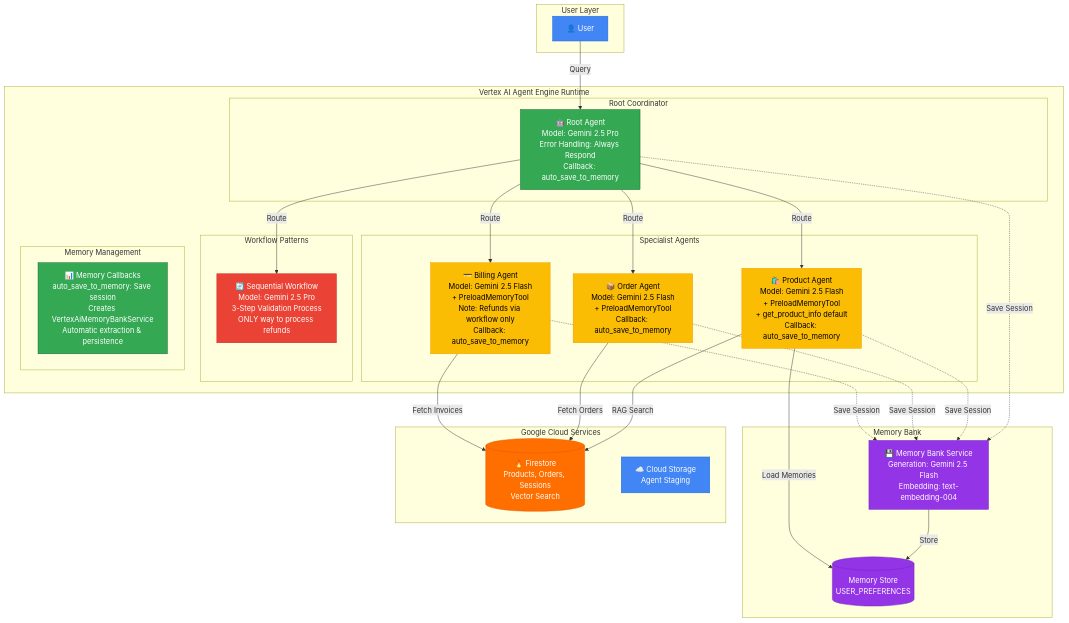
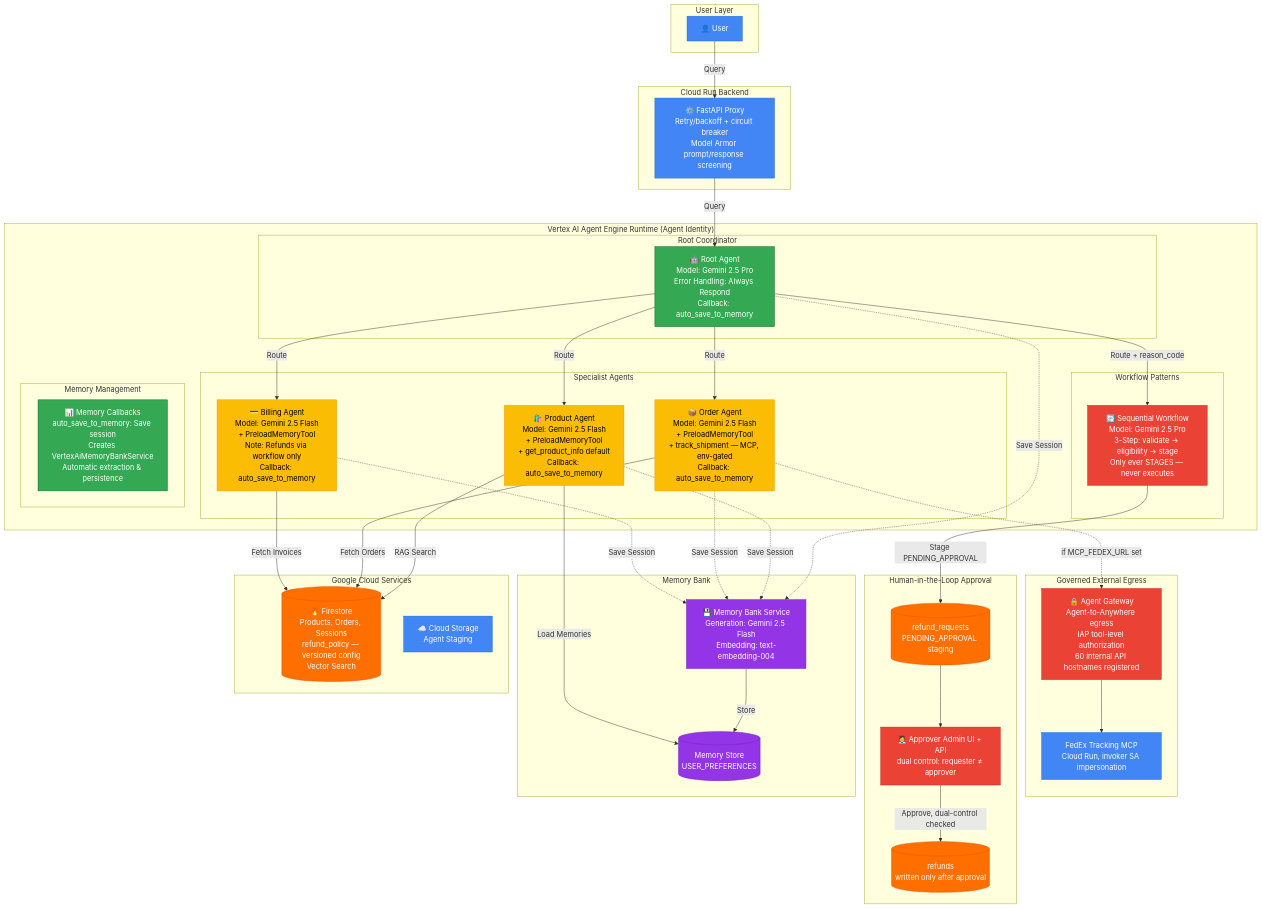
One commit to Saoussen-CH/adk-multiagent-production-template changed the diagram in docs/diagrams/system-overview.mmd. Above: the diagram before and after it, drawn with Mermaid. The commit also changed 4 other files, not shown here.

First line of the commit message:
docs(diagrams): sync architecture diagrams with FedEx MCP + refund HITL

```diff
--- a/docs/diagrams/system-overview.mmd
+++ b/docs/diagrams/system-overview.mmd
@@ -1,67 +1,95 @@
 %% Multi-Agent Customer Support System - System Overview
 %% Google Cloud Platform Style
 
 graph TB
     subgraph "User Layer"
         User[👤 User]
     end
 
-    subgraph "Vertex AI Agent Engine Runtime"
+    subgraph "Cloud Run Backend"
+        Backend[⚙️ FastAPI Proxy<br/>Retry/backoff + circuit breaker<br/>Model Armor prompt/response screening]
+    end
+
+    subgraph "Vertex AI Agent Engine Runtime (Agent Identity)"
         subgraph "Root Coordinator"
             RootAgent[🤖 Root Agent<br/>Model: Gemini 2.5 Pro<br/>Error Handling: Always Respond<br/>Callback: auto_save_to_memory]
         end
 
         subgraph "Specialist Agents"
             ProductAgent[🛍️ Product Agent<br/>Model: Gemini 2.5 Flash<br/>+ PreloadMemoryTool<br/>+ get_product_info default<br/>Callback: auto_save_to_memory]
-            OrderAgent[📦 Order Agent<br/>Model: Gemini 2.5 Flash<br/>+ PreloadMemoryTool<br/>Callback: auto_save_to_memory]
+            OrderAgent[📦 Order Agent<br/>Model: Gemini 2.5 Flash<br/>+ PreloadMemoryTool<br/>+ track_shipment — MCP, env-gated<br/>Callback: auto_save_to_memory]
             BillingAgent[💳 Billing Agent<br/>Model: Gemini 2.5 Flash<br/>+ PreloadMemoryTool<br/>Note: Refunds via workflow only<br/>Callback: auto_save_to_memory]
         end
 
         subgraph "Workflow Patterns"
-            RefundWorkflow[🔄 Sequential Workflow<br/>Model: Gemini 2.5 Pro<br/>3-Step Validation Process<br/>ONLY way to process refunds]
+            RefundWorkflow[🔄 Sequential Workflow<br/>Model: Gemini 2.5 Pro<br/>3-Step: validate → eligibility → stage<br/>Only ever STAGES — never executes]
         end
 
         subgraph "Memory Management"
             Tracking[📊 Memory Callbacks<br/>auto_save_to_memory: Save session<br/>Creates VertexAiMemoryBankService<br/>Automatic extraction & persistence]
         end
+    end
+
+    subgraph "Governed External Egress"
+        Gateway[🔒 Agent Gateway<br/>Agent-to-Anywhere egress<br/>IAP tool-level authorization<br/>60 internal API hostnames registered]
+        FedExMCP[FedEx Tracking MCP<br/>Cloud Run, invoker SA impersonation]
+    end
+
+    subgraph "Human-in-the-Loop Approval"
+        Approver[🧑‍💼 Approver Admin UI + API<br/>dual control: requester ≠ approver]
+        RefundRequests[(refund_requests<br/>PENDING_APPROVAL staging)]
+        RefundsDB[(refunds<br/>written only after approval)]
     end
 
     subgraph "Memory Bank"
         MemoryService[💾 Memory Bank Service<br/>Generation: Gemini 2.5 Flash<br/>Embedding: text-embedding-004]
         MemoryStore[(Memory Store<br/>USER_PREFERENCES)]
     end
 
     subgraph "Google Cloud Services"
-        Firestore[(🔥 Firestore<br/>Products, Orders, Sessions<br/>Vector Search)]
+        Firestore[(🔥 Firestore<br/>Products, Orders, Sessions<br/>refund_policy — versioned config<br/>Vector Search)]
         CloudStorage[☁️ Cloud Storage<br/>Agent Staging]
     end
 
-    User -->|Query| RootAgent
+    User -->|Query| Backend
+    Backend -->|Query| RootAgent
     RootAgent -->|Route| ProductAgent
     RootAgent -->|Route| OrderAgent
     RootAgent -->|Route| BillingAgent
-    RootAgent -->|Route| RefundWorkflow
+    RootAgent -->|Route + reason_code| RefundWorkflow
 
     ProductAgent -->|RAG Search| Firestore
     OrderAgent -->|Fetch Orders| Firestore
+    OrderAgent -.->|if MCP_FEDEX_URL set| Gateway
+    Gateway --> FedExMCP
     BillingAgent -->|Fetch Invoices| Firestore
+
+    RefundWorkflow -->|Stage PENDING_APPROVAL| RefundRequests
+    RefundRequests --> Approver
+    Approver -->|Approve, dual-control checked| RefundsDB
 
     RootAgent -.->|Save Session| MemoryService
     ProductAgent -.->|Save Session| MemoryService
     OrderAgent -.->|Save Session| MemoryService
     BillingAgent -.->|Save Session| MemoryService
 
     MemoryService -->|Store| MemoryStore
     ProductAgent -->|Load Memories| MemoryStore
 
     style User fill:#4285F4,stroke:#1967D2,color:#fff
+    style Backend fill:#4285F4,stroke:#1967D2,color:#fff
     style RootAgent fill:#34A853,stroke:#0D652D,color:#fff
     style ProductAgent fill:#FBBC04,stroke:#F29900,color:#000
     style OrderAgent fill:#FBBC04,stroke:#F29900,color:#000
     style BillingAgent fill:#FBBC04,stroke:#F29900,color:#000
     style RefundWorkflow fill:#EA4335,stroke:#C5221F,color:#fff
     style Tracking fill:#34A853,stroke:#0D652D,color:#fff
+    style Gateway fill:#EA4335,stroke:#C5221F,color:#fff
+    style FedExMCP fill:#4285F4,stroke:#1967D2,color:#fff
+    style Approver fill:#EA4335,stroke:#C5221F,color:#fff
+    style RefundRequests fill:#FF6F00,stroke:#E65100,color:#fff
+    style RefundsDB fill:#FF6F00,stroke:#E65100,color:#fff
     style MemoryService fill:#9334E6,stroke:#7627BB,color:#fff
     style MemoryStore fill:#9334E6,stroke:#7627BB,color:#fff
     style Firestore fill:#FF6F00,stroke:#E65100,color:#fff
     style CloudStorage fill:#4285F4,stroke:#1967D2,color:#fff
```
